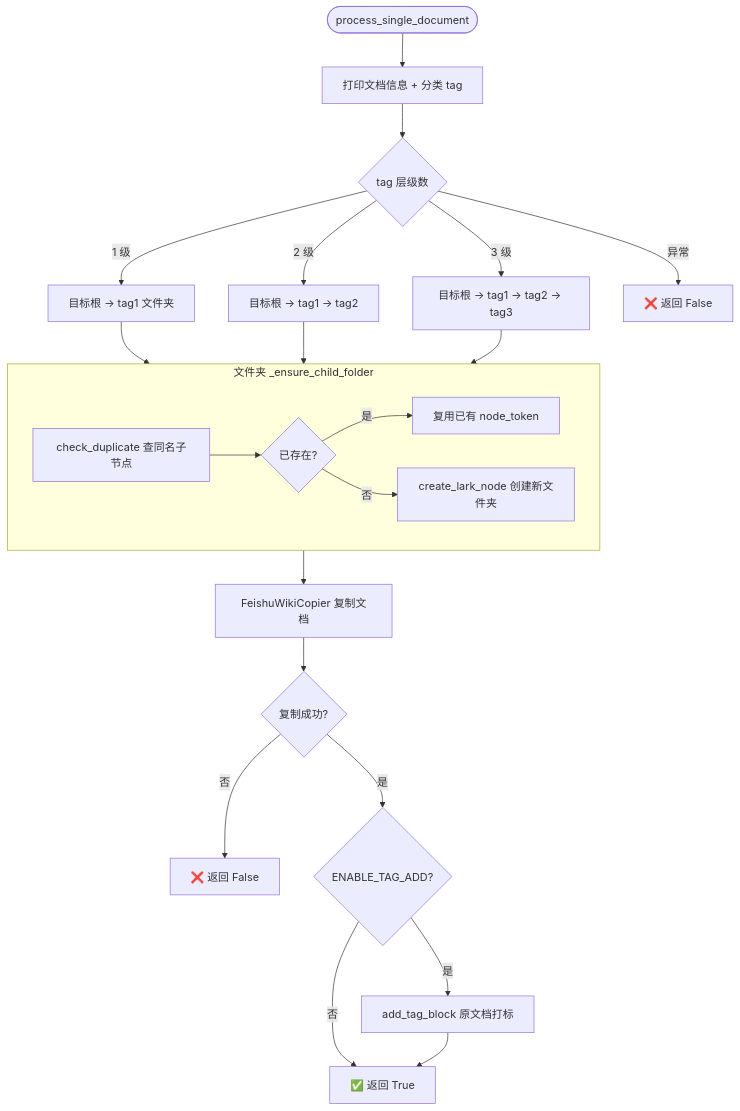
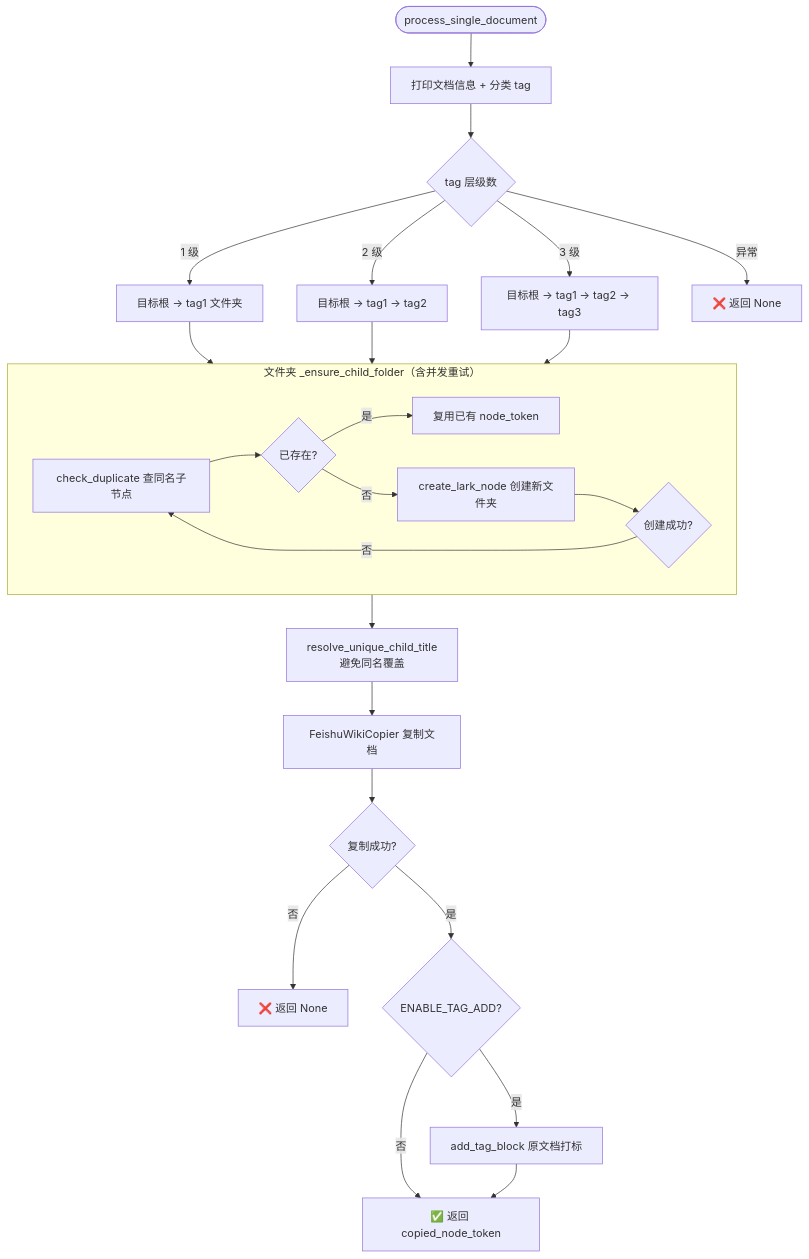
The fifth of 9 diagrams in docs/AI_DocClassifier说明文档.md (Leonard49/AI_DocClassifier), drawn with Mermaid before and after one commit. The commit also changed other lines of this file and 1 other file, not shown here.

````diff
--- a/docs/AI_DocClassifier说明文档.md
+++ b/docs/AI_DocClassifier说明文档.md
@@ -488,29 +609,32 @@
 ```mermaid
 flowchart TD
     P0([process_single_document]) --> P1[打印文档信息 + 分类 tag]
     P1 --> P2{tag 层级数}
 
     P2 -->|1 级| P3A[目标根 → tag1 文件夹]
     P2 -->|2 级| P3B[目标根 → tag1 → tag2]
     P2 -->|3 级| P3C[目标根 → tag1 → tag2 → tag3]
-    P2 -->|异常| P2E[❌ 返回 False]
+    P2 -->|异常| P2E[❌ 返回 None]
 
-    subgraph ENSURE["文件夹 _ensure_child_folder"]
+    subgraph ENSURE["文件夹 _ensure_child_folder（含并发重试）"]
         E1[check_duplicate 查同名子节点]
         E1 --> E2{已存在?}
         E2 -->|是| E3[复用已有 node_token]
         E2 -->|否| E4[create_lark_node 创建新文件夹]
+        E4 --> E5{创建成功?}
+        E5 -->|否| E1
     end
 
     P3A --> ENSURE
     P3B --> ENSURE
     P3C --> ENSURE
 
-    ENSURE --> P4[FeishuWikiCopier 复制文档]
+    ENSURE --> P3D[resolve_unique_child_title<br/>避免同名覆盖]
+    P3D --> P4[FeishuWikiCopier 复制文档]
     P4 --> P5{复制成功?}
-    P5 -->|否| P5F[❌ 返回 False]
+    P5 -->|否| P5F[❌ 返回 None]
     P5 -->|是| P6{ENABLE_TAG_ADD?}
-    P6 -->|否| P7[✅ 返回 True]
+    P6 -->|否| P7[✅ 返回 copied_node_token]
     P6 -->|是| P8[add_tag_block 原文档打标]
     P8 --> P7
 ```
````
